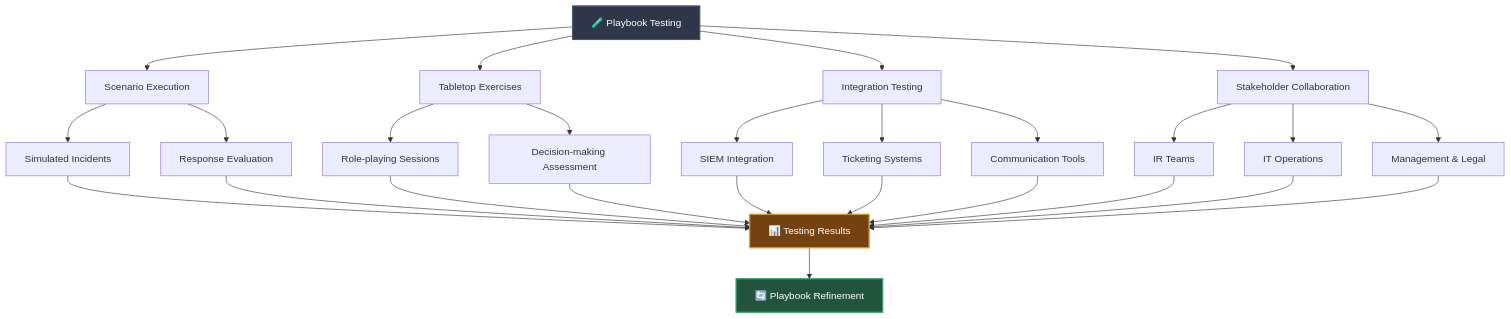
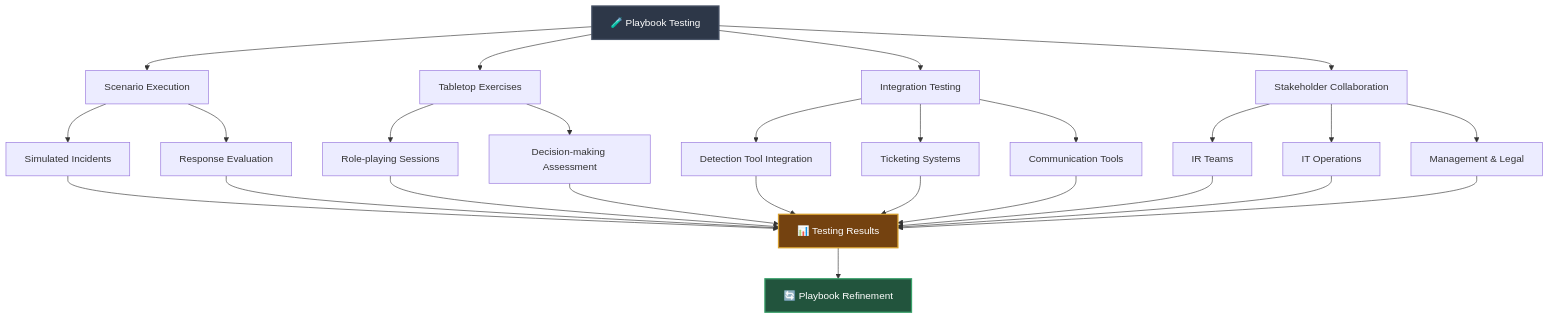
One commit to josamontiel/Detection-Engineering-Framework changed the sixth of 10 diagrams in development-phase-C.md. Above: the diagram before and after it, drawn with Mermaid. The commit also changed other lines of this file, not shown here.

````diff
--- a/development-phase-C.md
+++ b/development-phase-C.md
@@ -285,38 +285,38 @@
 ```mermaid
 graph TD
     A[🧪 Playbook Testing] --> B[Scenario Execution]
     A --> C[Tabletop Exercises]
     A --> D[Integration Testing]
     A --> E[Stakeholder Collaboration]
     
     B --> F[Simulated Incidents]
     B --> G[Response Evaluation]
     
     C --> H[Role-playing Sessions]
     C --> I[Decision-making Assessment]
     
-    D --> J[SIEM Integration]
+    D --> J[Detection Tool Integration]
     D --> K[Ticketing Systems]
     D --> L[Communication Tools]
     
     E --> M[IR Teams]
     E --> N[IT Operations]
     E --> O[Management & Legal]
     
     F --> P[📊 Testing Results]
     G --> P
     H --> P
     I --> P
     J --> P
     K --> P
     L --> P
     M --> P
     N --> P
     O --> P
     
     P --> Q[🔄 Playbook Refinement]
     
     style A fill:#2d3748,stroke:#4a5568,stroke-width:2px,color:#ffffff
     style P fill:#744210,stroke:#d69e2e,stroke-width:2px,color:#ffffff
     style Q fill:#22543d,stroke:#38a169,stroke-width:2px,color:#ffffff
 ```
````
